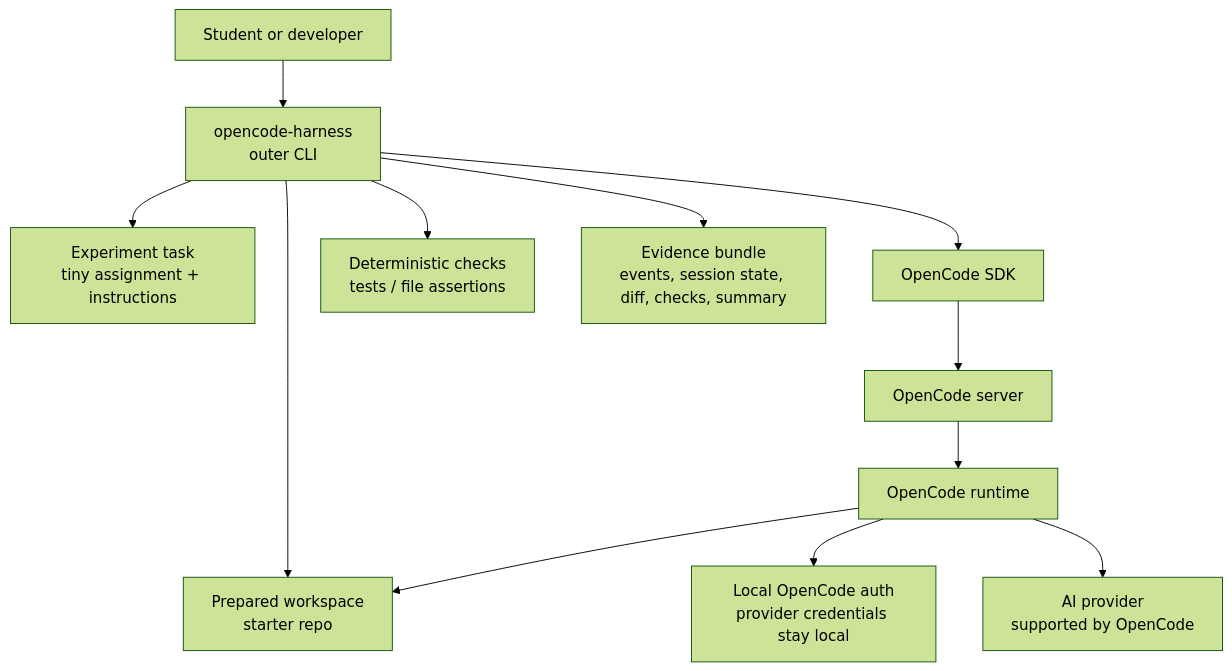
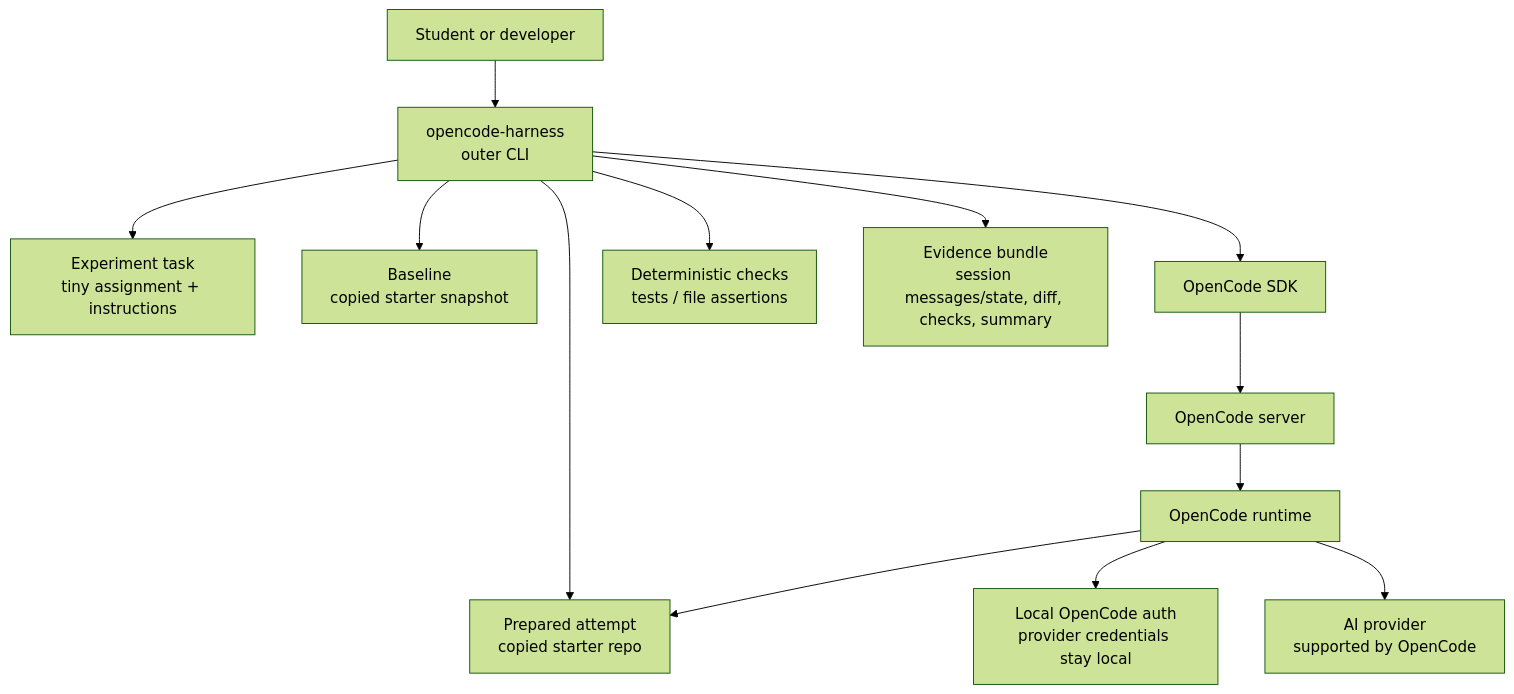
One commit to Kaastor/opencode-harness changed the first of 2 diagrams in docs/plan.md. Above: the diagram before and after it, drawn with Mermaid (forest theme). The commit also changed other lines of this file and 18 other files, not shown here.

````diff
--- a/docs/plan.md
+++ b/docs/plan.md
@@ -30,18 +30,19 @@
 ```mermaid
 flowchart TD
     Student["Student or developer"] --> H["opencode-harness<br/>outer CLI"]
 
     H --> Task["Experiment task<br/>tiny assignment + instructions"]
-    H --> Workspace["Prepared workspace<br/>starter repo"]
+    H --> Baseline["Baseline<br/>copied starter snapshot"]
+    H --> Attempt["Prepared attempt<br/>copied starter repo"]
 
     H --> SDK["OpenCode SDK"]
     SDK --> Server["OpenCode server"]
     Server --> Runtime["OpenCode runtime"]
 
     Runtime --> Auth["Local OpenCode auth<br/>provider credentials stay local"]
     Runtime --> Provider["AI provider<br/>supported by OpenCode"]
-    Runtime --> Workspace
+    Runtime --> Attempt
 
     H --> Checks["Deterministic checks<br/>tests / file assertions"]
-    H --> Evidence["Evidence bundle<br/>events, session state, diff, checks, summary"]
+    H --> Evidence["Evidence bundle<br/>session messages/state, diff, checks, summary"]
 ```
````
